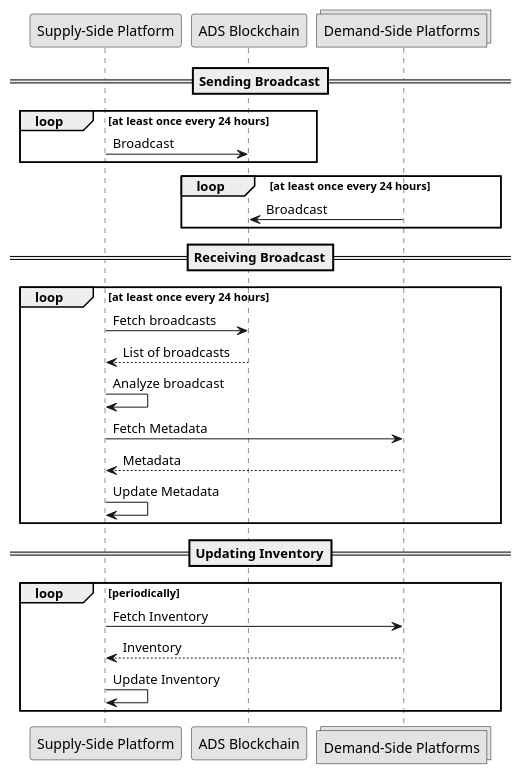
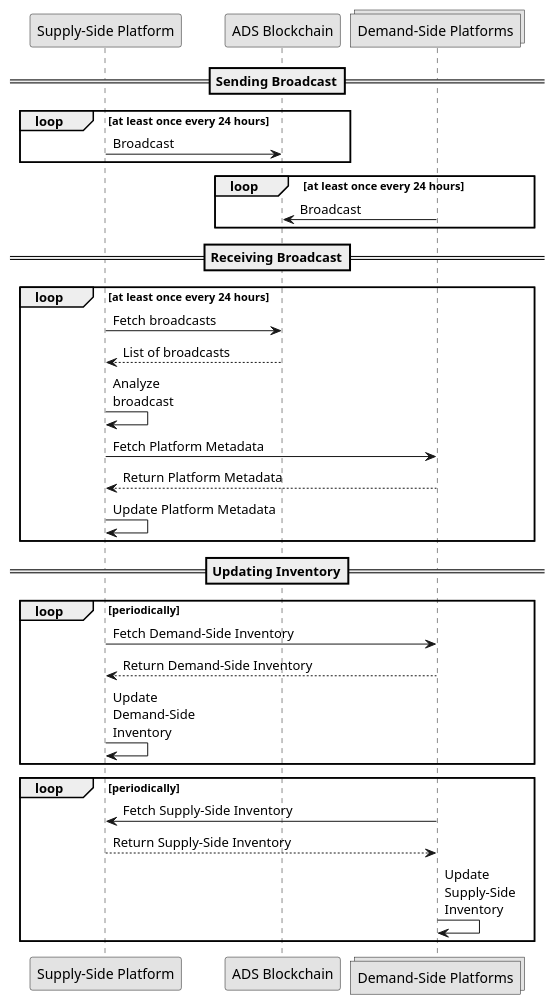
Before and after one commit to adshares/adshares-docs: the diagram in protocol/synchronization/index.rst, drawn with PlantUML. The commit also changed other lines of this file and 1 other file, not shown here.

```diff
--- a/protocol/synchronization/index.rst
+++ b/protocol/synchronization/index.rst
@@ -6,37 +34,43 @@
 .. uml::
     :align: center
 
     skinparam monochrome true
 
     participant "Supply-Side Platform"      as SSP
     participant "ADS Blockchain"            as blockchain
     collections "Demand-Side Platforms"     as DSP
 
     ==Sending Broadcast==
 
     loop at least once every 24 hours
         SSP -> blockchain: Broadcast
     end
 
     loop at least once every 24 hours
         DSP -> blockchain: Broadcast
     end
 
     ==Receiving Broadcast==
 
     loop at least once every 24 hours
         SSP -> blockchain: Fetch broadcasts
         blockchain --> SSP: List of broadcasts
-        SSP -> SSP: Analyze broadcast
-        SSP -> DSP: Fetch Metadata
-        DSP --> SSP: Metadata
-        SSP -> SSP: Update Metadata
+        SSP -> SSP: Analyze\nbroadcast
+        SSP -> DSP: Fetch Platform Metadata
+        DSP --> SSP: Return Platform Metadata
+        SSP -> SSP: Update Platform Metadata
     end
 
     ==Updating Inventory==
 
     loop periodically
-        SSP -> DSP : Fetch Inventory
-        DSP --> SSP: Inventory
-        SSP -> SSP: Update Inventory
+        SSP -> DSP : Fetch Demand-Side Inventory
+        DSP --> SSP: Return Demand-Side Inventory
+        SSP -> SSP: Update\nDemand-Side\nInventory
     end
+
+    loop periodically
+        DSP -> SSP : Fetch Supply-Side Inventory
+        SSP --> DSP: Return Supply-Side Inventory
+        DSP -> DSP: Update\nSupply-Side\nInventory
+    end
```
